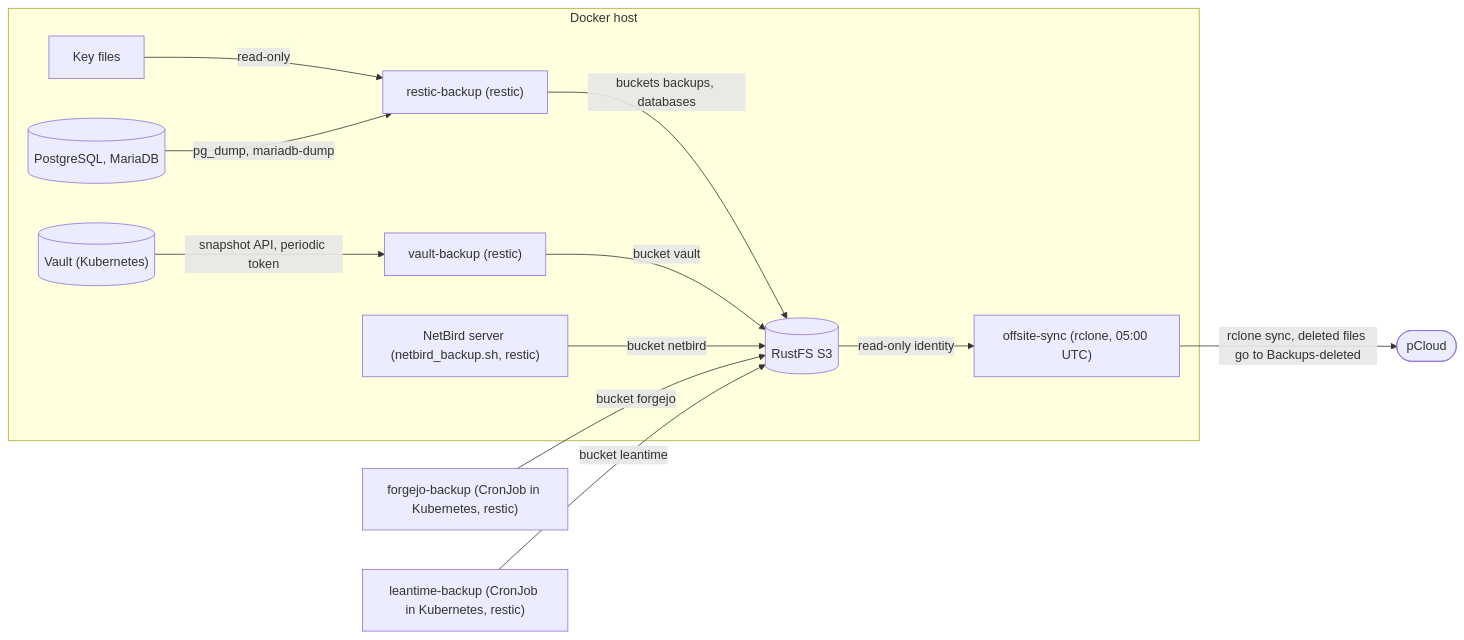
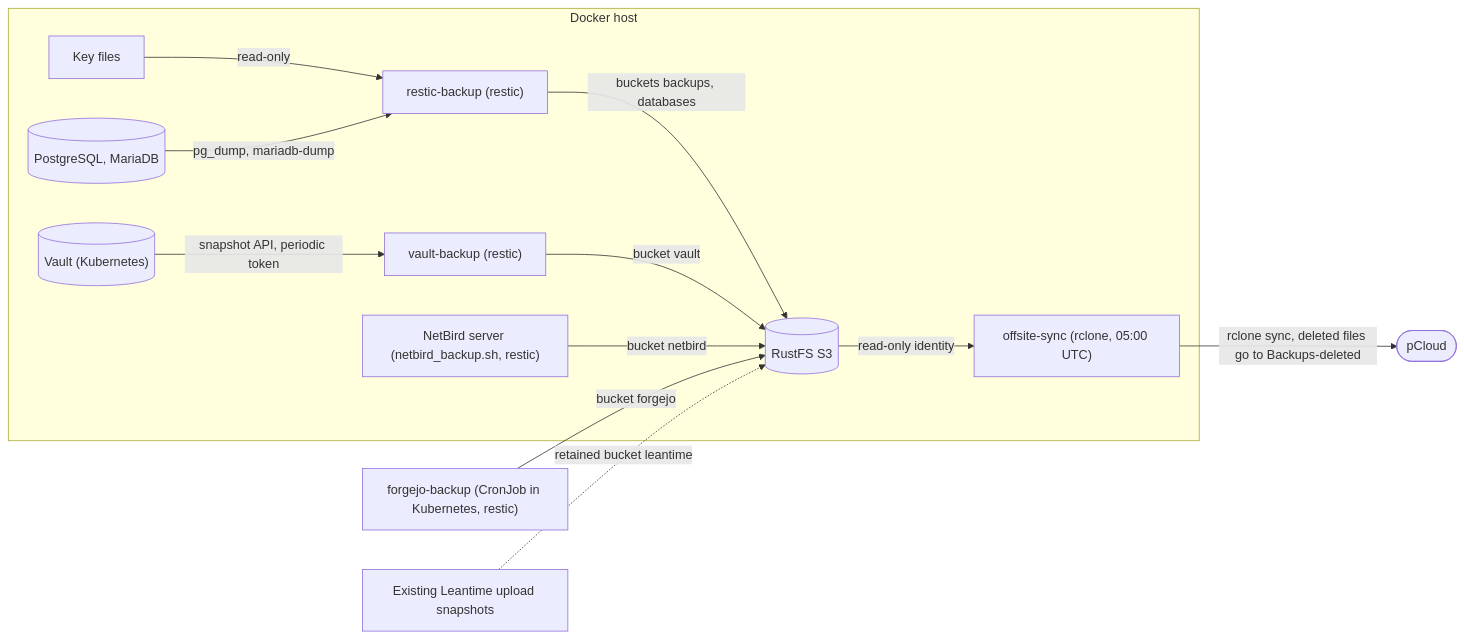
The diagram in docs/backups.md (ToXiCCuss/gitops), drawn with Mermaid before and after one commit. The commit also changed other lines of this file and 22 other files, not shown here.

````diff
--- a/docs/backups.md
+++ b/docs/backups.md
@@ -7,16 +7,16 @@
 ```mermaid
 flowchart LR
   vault[("Vault (Kubernetes)")]
   subgraph host["Docker host"]
     vault -->|"snapshot API, periodic token"| vaultbackup["vault-backup (restic)"]
     keys["Key files"] -->|read-only| resticbackup["restic-backup (restic)"]
     pg[("PostgreSQL, MariaDB")] -->|"pg_dump, mariadb-dump"| resticbackup
     resticbackup -->|"buckets backups, databases"| s3[("RustFS S3")]
     vaultbackup -->|bucket vault| s3
     netbird["NetBird server (netbird_backup.sh, restic)"] -->|bucket netbird| s3
     s3 -->|read-only identity| sync["offsite-sync (rclone, 05:00 UTC)"]
   end
   forgejobackup["forgejo-backup (CronJob in Kubernetes, restic)"] -->|bucket forgejo| s3
-  leantimebackup["leantime-backup (CronJob in Kubernetes, restic)"] -->|bucket leantime| s3
+  leantimearchive["Existing Leantime upload snapshots"] -.->|retained bucket leantime| s3
   sync -->|"rclone sync, deleted files go to Backups-deleted"| pcloud(["pCloud"])
 ```
````
